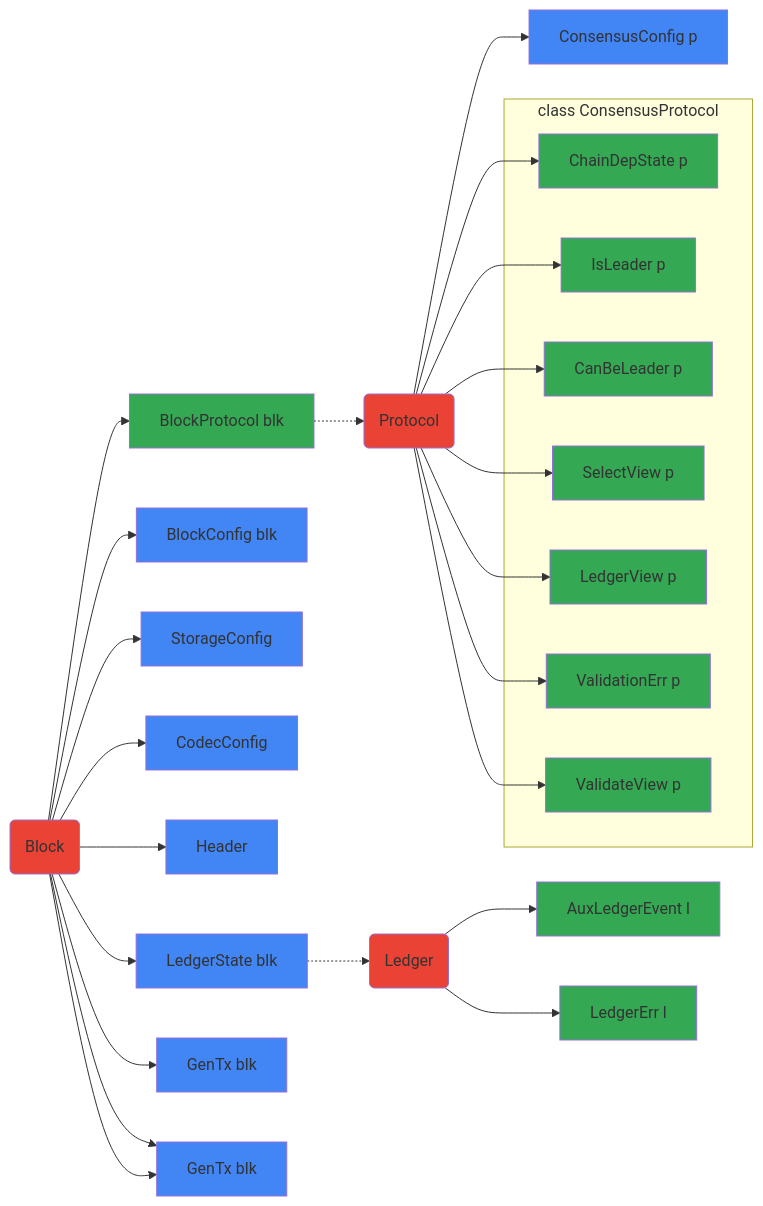
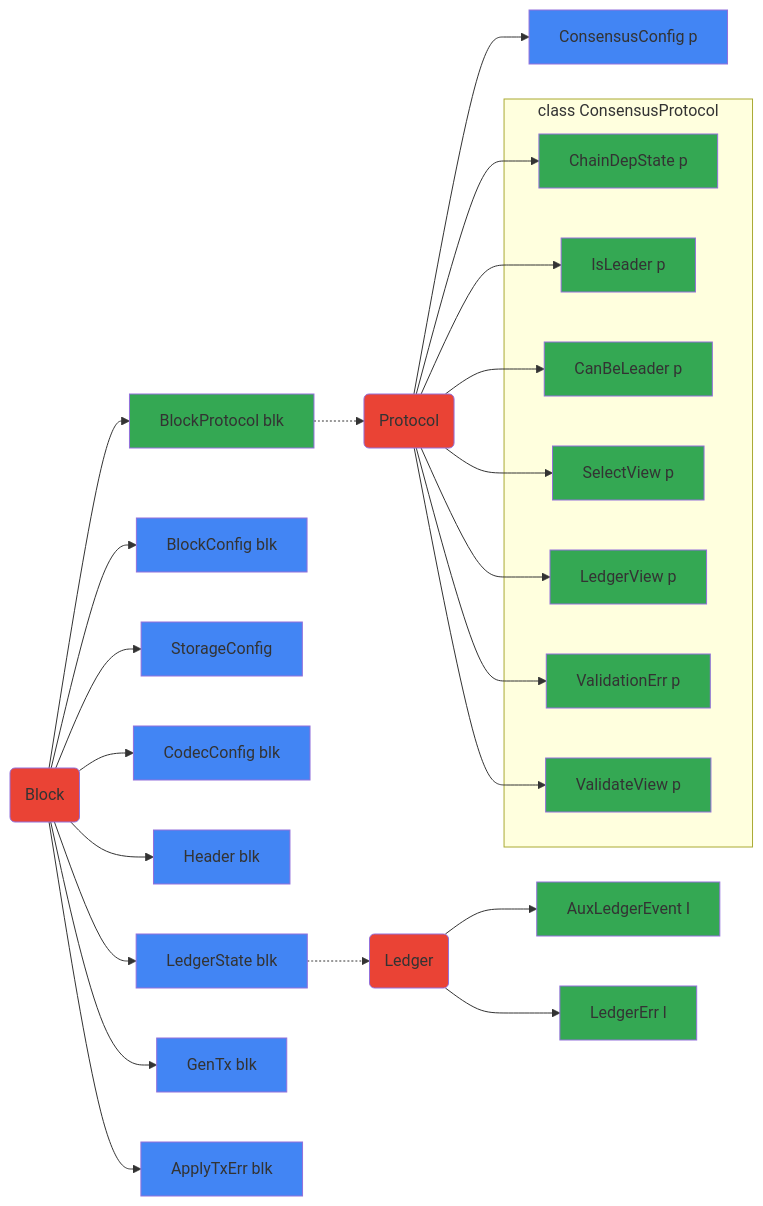
Before and after one commit to euonymos/ouroboros-network: the second of 2 diagrams in ouroboros-consensus/docs/AbstractProtocol.md, drawn with Mermaid.

Commit message:
Update diagram

````diff
--- a/ouroboros-consensus/docs/AbstractProtocol.md
+++ b/ouroboros-consensus/docs/AbstractProtocol.md
@@ -12,55 +12,54 @@
 ```mermaid
 flowchart LR;
 
   classDef df fill:#4285F4, border:10px;
   classDef tf fill:#34A853;
   classDef kind fill:#EA4335;
 
   Block(Block)-->BlockProtocol[BlockProtocol blk]; class Block kind;
   click Block "https://github.com/input-output-hk/ouroboros-network/blob/master/ouroboros-consensus/src/Ouroboros/Consensus/Block/Abstract.hs"
   Block-->BlockConfig[BlockConfig blk]; class BlockConfig df
   BlockProtocol[BlockProtocol blk]-.->Protocol(Protocol); class BlockProtocol tf;
   click BlockProtocol "https://github.com/input-output-hk/ouroboros-network/blob/master/ouroboros-consensus/src/Ouroboros/Consensus/Block/Abstract.hs"
   click BlockProtocol "https://github.com/input-output-hk/ouroboros-network/blob/master/ouroboros-consensus/src/Ouroboros/Consensus/Block/Abstract.hs"
   click BlockConfig "https://github.com/input-output-hk/ouroboros-network/blob/master/ouroboros-consensus/src/Ouroboros/Consensus/Block/Abstract.hs"
   Block-->StorageConfig; class StorageConfig df
   click StorageConfig "https://github.com/input-output-hk/ouroboros-network/blob/master/ouroboros-consensus/src/Ouroboros/Consensus/Block/Abstract.hs"
-  Block-->CodecConfig; class CodecConfig df
+  Block-->CodecConfig[CodecConfig blk]; class CodecConfig df
   click CodecConfig "https://github.com/input-output-hk/ouroboros-network/blob/master/ouroboros-consensus/src/Ouroboros/Consensus/Block/Abstract.hs"
-  Block-->Header; class Header df
+  Block-->Header[Header blk]; class Header df
   click Header "https://github.com/input-output-hk/ouroboros-network/blob/master/ouroboros-consensus/src/Ouroboros/Consensus/Block/Abstract.hs"
   Ledger(Ledger); class Ledger kind
   click Ledger "https://github.com/input-output-hk/ouroboros-network/blob/master/ouroboros-consensus/src/Ouroboros/Consensus/Ledger/Abstract.hs"
   Block-->LedgerState[LedgerState blk]; class LedgerState df;
   click LedgerState "https://github.com/input-output-hk/ouroboros-network/blob/master/ouroboros-consensus/src/Ouroboros/Consensus/Ledger/Basics.hs"
 
   Block-->GenTx[GenTx blk]; class GenTx df
   click GenTx "https://github.com/input-output-hk/ouroboros-network/blob/master/ouroboros-consensus/src/Ouroboros/Consensus/Ledger/SupportsMemPool.hs"
-  Block-->ApplyTxErr[GenTx blk]; class ApplyTxErr df
+  Block-->ApplyTxErr[ApplyTxErr blk]; class ApplyTxErr df
   click ApplyTxErr "https://github.com/input-output-hk/ouroboros-network/blob/master/ouroboros-consensus/src/Ouroboros/Consensus/Ledger/SupportsMemPool.hs"
-  Block-->ApplyTxErr[GenTx blk]; class ApplyTxErr df
   LedgerState-.->Ledger
   Ledger-->AuxLedgerEvent[AuxLedgerEvent l]; class AuxLedgerEvent tf
   Ledger-->LedgerErr[LedgerErr l]; class LedgerErr tf
 
   Protocol(Protocol); class Protocol kind
   ConsensusConfig; class ConsensusConfig df
   Protocol-->ConsensusConfig[ConsensusConfig p];
   subgraph ConsensusProtocol[class ConsensusProtocol]
     ChainDepState[ChainDepState p]; class ChainDepState tf
     IsLeader[IsLeader p]; class IsLeader tf
     CanBeLeader[CanBeLeader p]; class CanBeLeader tf
     SelectView[SelectView p]; class SelectView tf
     LedgerView[LedgerView p]; class LedgerView tf
     ValidationErr[ValidationErr p]; class ValidationErr tf
     ValidateView[ValidateView p]; class ValidateView tf
   end
   Protocol-->ChainDepState
   Protocol-->IsLeader[IsLeader p]
   Protocol-->CanBeLeader[CanBeLeader p]
   Protocol-->SelectView[SelectView p]
   Protocol-->LedgerView[LedgerView p]
   Protocol-->ValidationErr[ValidationErr p]
   Protocol-->ValidateView[ValidateView p]
 
 ```
````
